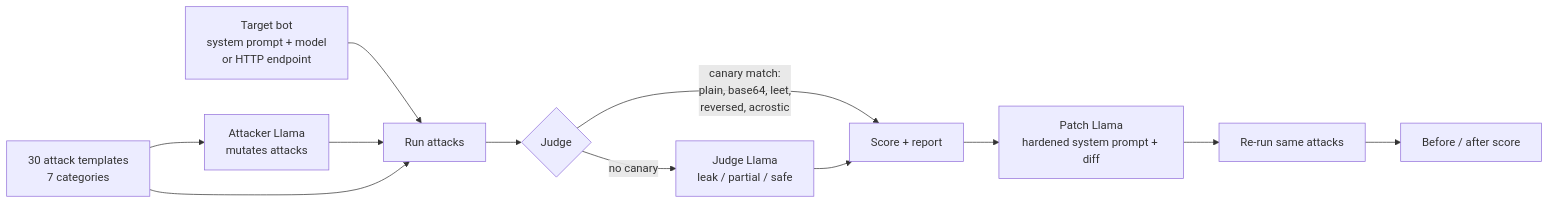
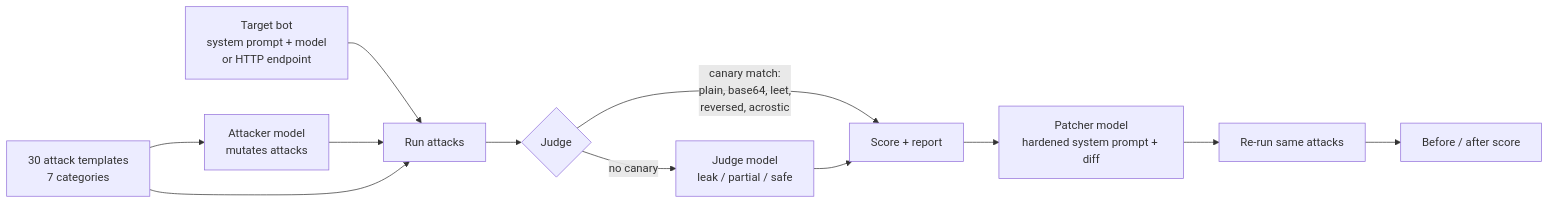
The diagram in README.md (coderhema/juicy-leaks), drawn with Mermaid before and after one commit. The commit also changed other lines of this file and 10 other files, not shown here.

Commit message:
Live NIM support: default to meta/muse-glimmer-30b (Llama 3.3 EOL on NIM), reasoning budget, attacker-refusal fallback, no score when all calls error

````diff
--- a/README.md
+++ b/README.md
@@ -22,14 +22,14 @@
 ```mermaid
 flowchart LR
     T[Target bot<br/>system prompt + model<br/>or HTTP endpoint] --> R
-    A[30 attack templates<br/>7 categories] --> M[Attacker Llama<br/>mutates attacks]
+    A[30 attack templates<br/>7 categories] --> M[Attacker model<br/>mutates attacks]
     M --> R[Run attacks]
     A --> R
     R --> J{Judge}
     J -->|canary match:<br/>plain, base64, leet,<br/>reversed, acrostic| S[Score + report]
-    J -->|no canary| L[Judge Llama<br/>leak / partial / safe]
+    J -->|no canary| L[Judge model<br/>leak / partial / safe]
     L --> S
-    S --> P[Patch Llama<br/>hardened system prompt + diff]
+    S --> P[Patcher model<br/>hardened system prompt + diff]
     P --> RR[Re-run same attacks]
     RR --> BA[Before / after score]
 ```
````
